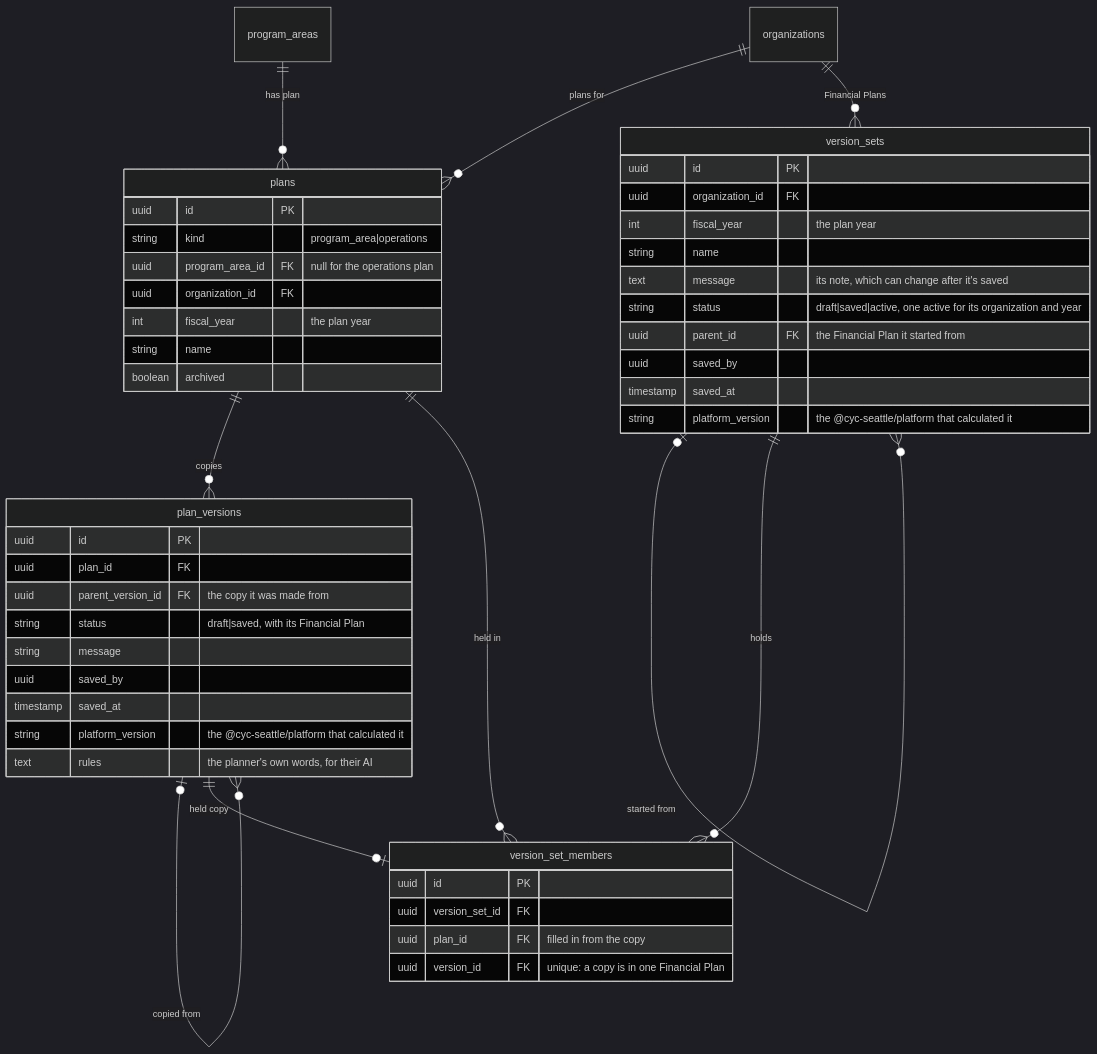
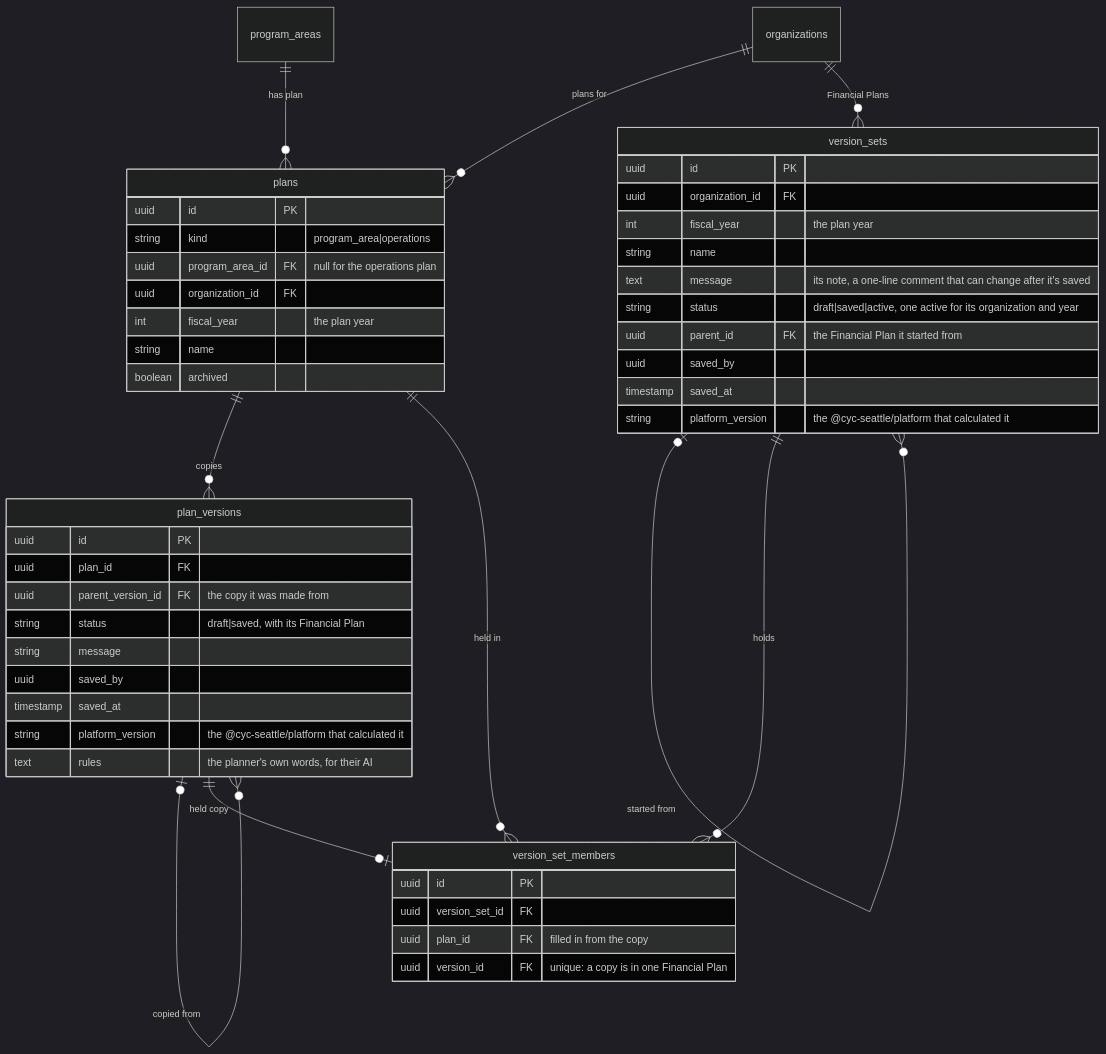
Before and after one commit to cyc-seattle/platform: the second of 6 diagrams in docs/planning-schema.md, drawn with Mermaid (dark theme). The commit also changed 2 other files, not shown here.

Commit message:
docs(planning): allocate-plan keeps the draft's note to one line and reports in the conversation

````diff
--- a/docs/planning-schema.md
+++ b/docs/planning-schema.md
@@ -132,51 +132,51 @@
 ```mermaid
 erDiagram
     program_areas ||--o{ plans : "has plan"
     organizations ||--o{ plans : "plans for"
     plans ||--o{ plan_versions : copies
     plan_versions |o--o{ plan_versions : "copied from"
     organizations ||--o{ version_sets : "Financial Plans"
     version_sets |o--o{ version_sets : "started from"
     version_sets ||--o{ version_set_members : holds
     plans ||--o{ version_set_members : "held in"
     plan_versions ||--o| version_set_members : "held copy"
 
     plans {
         uuid id PK
         string kind "program_area|operations"
         uuid program_area_id FK "null for the operations plan"
         uuid organization_id FK
         int fiscal_year "the plan year"
         string name
         boolean archived
     }
     plan_versions {
         uuid id PK
         uuid plan_id FK
         uuid parent_version_id FK "the copy it was made from"
         string status "draft|saved, with its Financial Plan"
         string message
         uuid saved_by
         timestamp saved_at
         string platform_version "the @cyc-seattle/platform that calculated it"
         text rules "the planner's own words, for their AI"
     }
     version_sets {
         uuid id PK
         uuid organization_id FK
         int fiscal_year "the plan year"
         string name
-        text message "its note, which can change after it's saved"
+        text message "its note, a one-line comment that can change after it's saved"
         string status "draft|saved|active, one active for its organization and year"
         uuid parent_id FK "the Financial Plan it started from"
         uuid saved_by
         timestamp saved_at
         string platform_version "the @cyc-seattle/platform that calculated it"
     }
     version_set_members {
         uuid id PK
         uuid version_set_id FK
         uuid plan_id FK "filled in from the copy"
         uuid version_id FK "unique: a copy is in one Financial Plan"
     }
 ```
````
